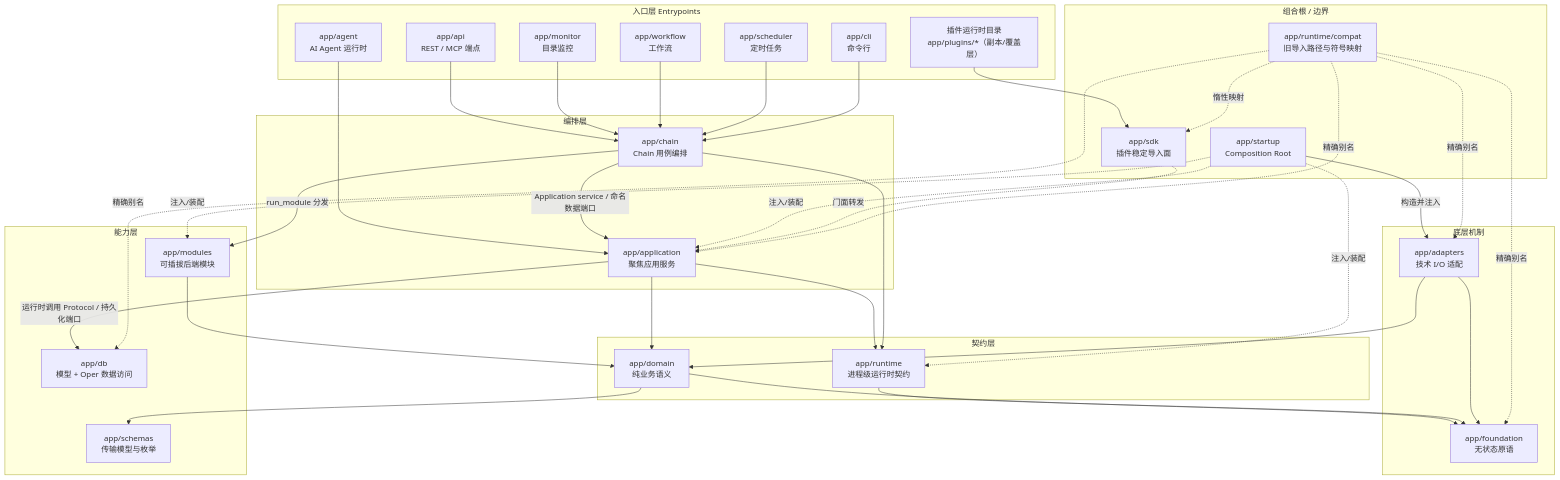
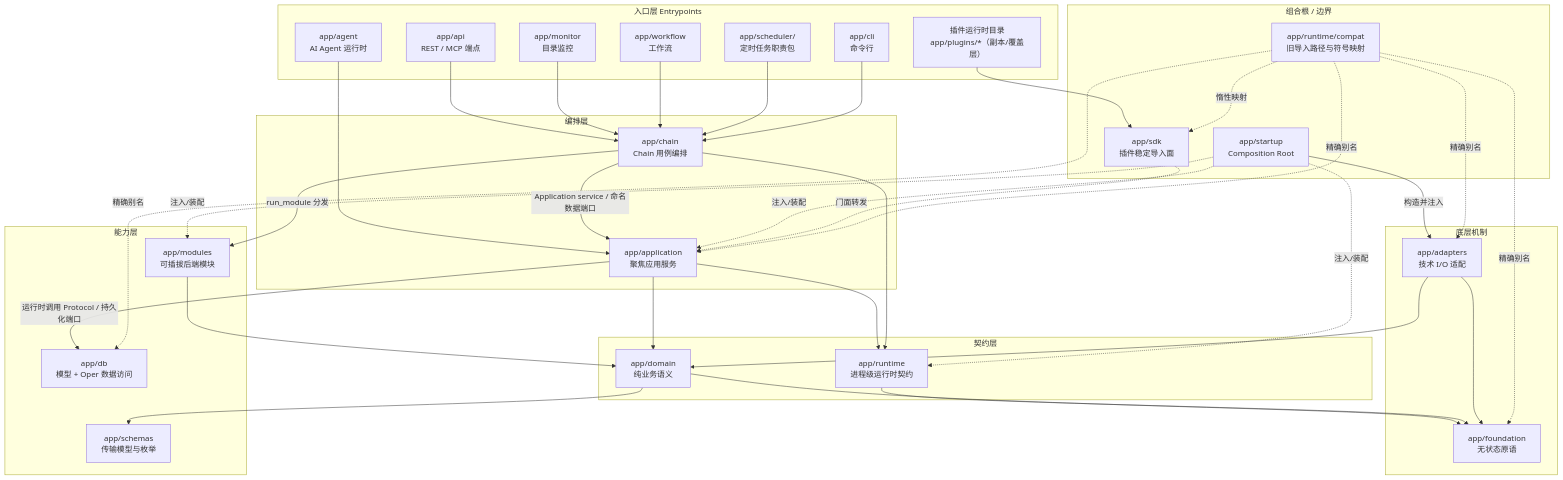
One commit to jxxghp/MoviePilot changed the second of 14 diagrams in docs/architecture-overview.md. Above: the diagram before and after it, drawn with Mermaid. The commit also changed other lines of this file and 51 other files, not shown here.

````diff
--- a/docs/architecture-overview.md
+++ b/docs/architecture-overview.md
@@ -69,72 +69,72 @@
 ```mermaid
 flowchart TB
     subgraph 入口层["入口层 Entrypoints"]
         ApiPkg["app/api<br/>REST / MCP 端点"]
         AgentPkg["app/agent<br/>AI Agent 运行时"]
         Monitor["app/monitor<br/>目录监控"]
         Workflow["app/workflow<br/>工作流"]
-        Scheduler["app/scheduler<br/>定时任务"]
+        Scheduler["app/scheduler/<br/>定时任务职责包"]
         CLI["app/cli<br/>命令行"]
         PluginPkg["插件运行时目录<br/>app/plugins/*（副本/覆盖层）"]
     end
 
     subgraph 编排层["编排层"]
         Chain["app/chain<br/>Chain 用例编排"]
         App["app/application<br/>聚焦应用服务"]
     end
 
     subgraph 能力层["能力层"]
         Modules["app/modules<br/>可插拔后端模块"]
         Db["app/db<br/>模型 + Oper 数据访问"]
         Schemas["app/schemas<br/>传输模型与枚举"]
     end
 
     subgraph 契约层["契约层"]
         Domain["app/domain<br/>纯业务语义"]
         Runtime["app/runtime<br/>进程级运行时契约"]
     end
 
     subgraph 底层["底层机制"]
         Foundation["app/foundation<br/>无状态原语"]
         Adapters["app/adapters<br/>技术 I/O 适配"]
     end
 
     subgraph 组合根["组合根 / 边界"]
         Startup["app/startup<br/>Composition Root"]
         Sdk["app/sdk<br/>插件稳定导入面"]
         Compat["app/runtime/compat<br/>旧导入路径与符号映射"]
     end
 
     ApiPkg --> Chain
     AgentPkg --> App
     Monitor --> Chain
     Workflow --> Chain
     Scheduler --> Chain
     CLI --> Chain
     PluginPkg --> Sdk
 
     Chain -->|run_module 分发| Modules
     Chain -->|Application service / 命名数据端口| App
     App -->|运行时调用 Protocol / 持久化端口| Db
 
     Modules --> Domain
     App --> Domain
     App --> Runtime
     Chain --> Runtime
     Domain --> Schemas
     Domain --> Foundation
     Runtime --> Foundation
     Adapters --> Domain
     Adapters --> Foundation
     Startup -->|构造并注入| Adapters
 
     Startup -.注入/装配.-> Runtime
     Startup -.注入/装配.-> App
     Startup -.注入/装配.-> Modules
     Sdk -.门面转发.-> App
     Compat -.惰性映射.-> Sdk
     Compat -.精确别名.-> App
     Compat -.精确别名.-> Db
     Compat -.精确别名.-> Foundation
     Compat -.精确别名.-> Adapters
 ```
````
